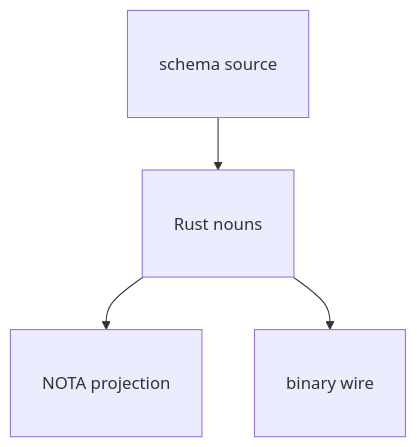
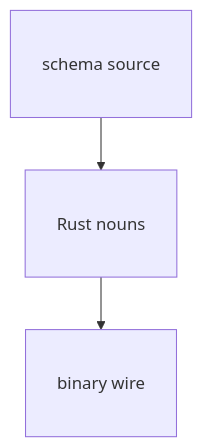
One commit to LiGoldragon/primary changed the third of 13 diagrams in skills/mermaid.md. Above: the diagram before and after it, drawn with Mermaid. The commit also changed other lines of this file and 64 other files, not shown here.

````diff
--- a/skills/mermaid.md
+++ b/skills/mermaid.md
@@ -166,11 +96,9 @@
 ```mermaid
 flowchart TB
     schema["schema source"]:::roomy
     rust["Rust nouns"]:::roomy
-    text["NOTA projection"]:::roomy
     wire["binary wire"]:::roomy
     schema --> rust
-    rust --> text
     rust --> wire
     classDef roomy padding:18px;
 ```
````
